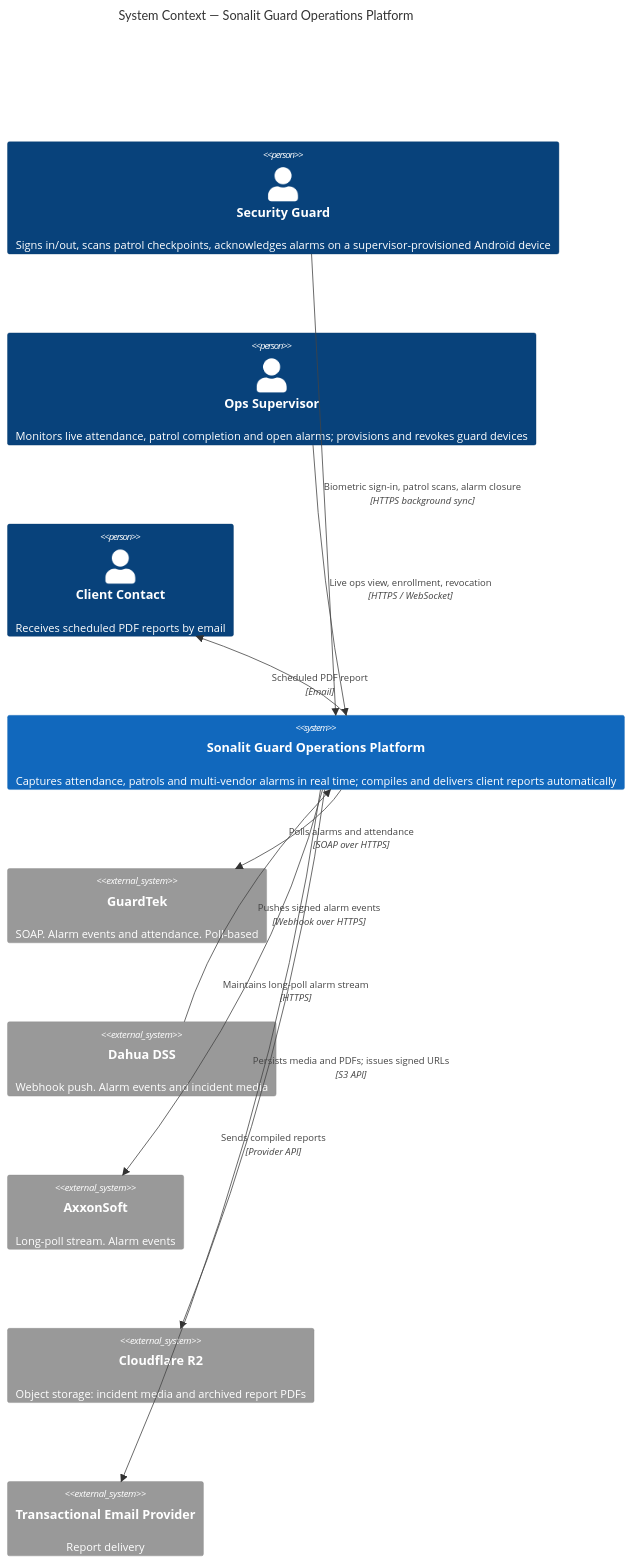
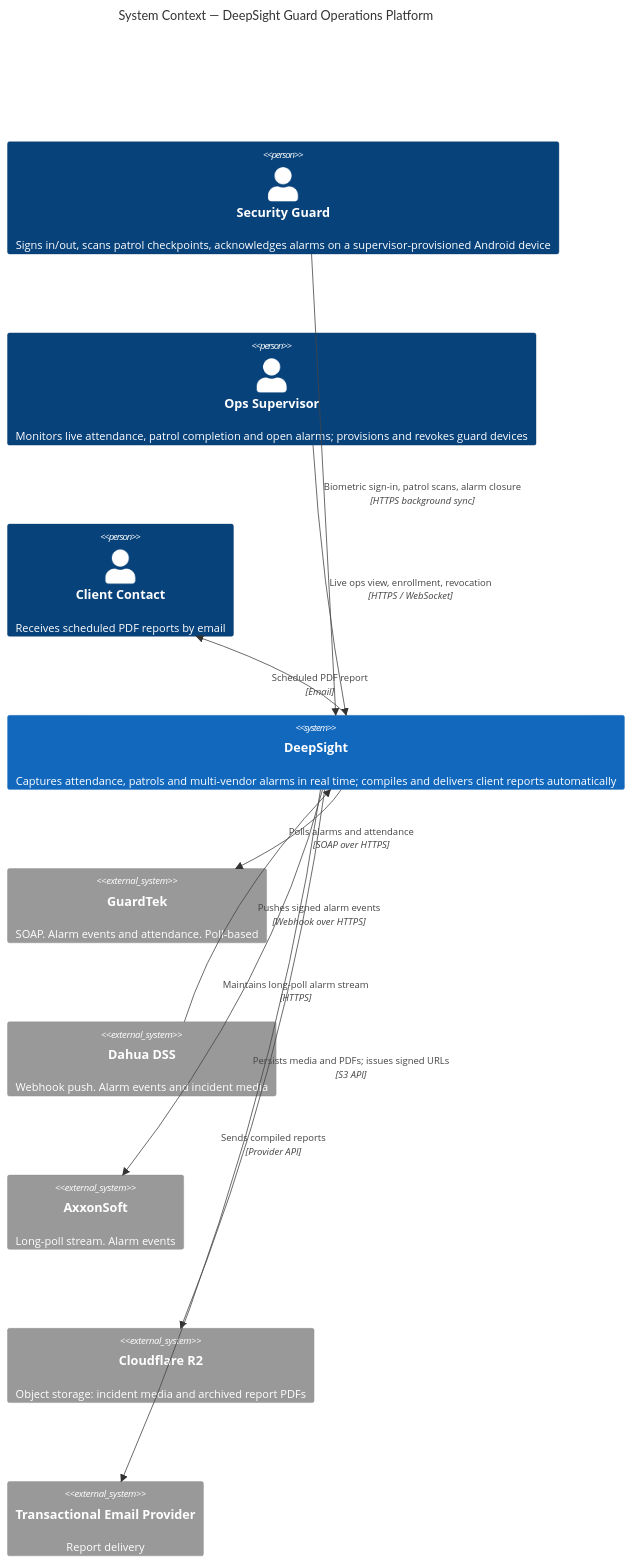
Before and after one commit to fleetsatpro/UltimateFleet: the first of 3 diagrams in docs/architecture/01-ARCHITECTURE.md, drawn with Mermaid. The commit also changed other lines of this file and 3 other files, not shown here.

First line of the commit message:
Rework document set for DeepSight as a greenfield platform

````diff
--- a/docs/architecture/01-ARCHITECTURE.md
+++ b/docs/architecture/01-ARCHITECTURE.md
@@ -121,25 +158,25 @@
 ```mermaid
 C4Context
-  title System Context — Sonalit Guard Operations Platform
+  title System Context — DeepSight Guard Operations Platform
 
   Person(guard, "Security Guard", "Signs in/out, scans patrol checkpoints, acknowledges alarms on a supervisor-provisioned Android device")
   Person(supervisor, "Ops Supervisor", "Monitors live attendance, patrol completion and open alarms; provisions and revokes guard devices")
   Person(clientContact, "Client Contact", "Receives scheduled PDF reports by email")
 
-  System(sgop, "Sonalit Guard Operations Platform", "Captures attendance, patrols and multi-vendor alarms in real time; compiles and delivers client reports automatically")
+  System(deepsight, "DeepSight", "Captures attendance, patrols and multi-vendor alarms in real time; compiles and delivers client reports automatically")
 
   System_Ext(guardtek, "GuardTek", "SOAP. Alarm events and attendance. Poll-based")
   System_Ext(dahua, "Dahua DSS", "Webhook push. Alarm events and incident media")
   System_Ext(axxon, "AxxonSoft", "Long-poll stream. Alarm events")
   System_Ext(r2, "Cloudflare R2", "Object storage: incident media and archived report PDFs")
   System_Ext(email, "Transactional Email Provider", "Report delivery")
 
-  Rel(guard, sgop, "Biometric sign-in, patrol scans, alarm closure", "HTTPS background sync")
-  Rel(supervisor, sgop, "Live ops view, enrollment, revocation", "HTTPS / WebSocket")
-  Rel(sgop, clientContact, "Scheduled PDF report", "Email")
-  Rel(sgop, guardtek, "Polls alarms and attendance", "SOAP over HTTPS")
-  Rel(dahua, sgop, "Pushes signed alarm events", "Webhook over HTTPS")
-  Rel(sgop, axxon, "Maintains long-poll alarm stream", "HTTPS")
-  Rel(sgop, r2, "Persists media and PDFs; issues signed URLs", "S3 API")
-  Rel(sgop, email, "Sends compiled reports", "Provider API")
+  Rel(guard, deepsight, "Biometric sign-in, patrol scans, alarm closure", "HTTPS background sync")
+  Rel(supervisor, deepsight, "Live ops view, enrollment, revocation", "HTTPS / WebSocket")
+  Rel(deepsight, clientContact, "Scheduled PDF report", "Email")
+  Rel(deepsight, guardtek, "Polls alarms and attendance", "SOAP over HTTPS")
+  Rel(dahua, deepsight, "Pushes signed alarm events", "Webhook over HTTPS")
+  Rel(deepsight, axxon, "Maintains long-poll alarm stream", "HTTPS")
+  Rel(deepsight, r2, "Persists media and PDFs; issues signed URLs", "S3 API")
+  Rel(deepsight, email, "Sends compiled reports", "Provider API")
 ```
````
